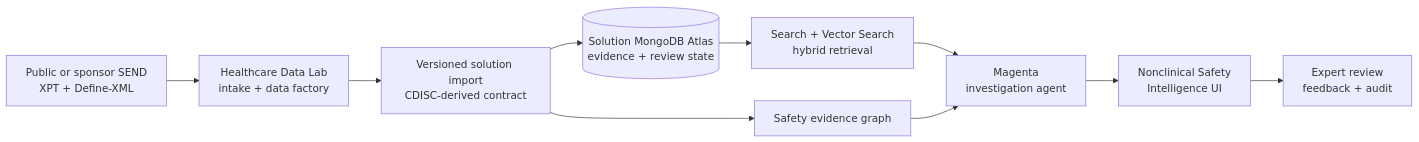
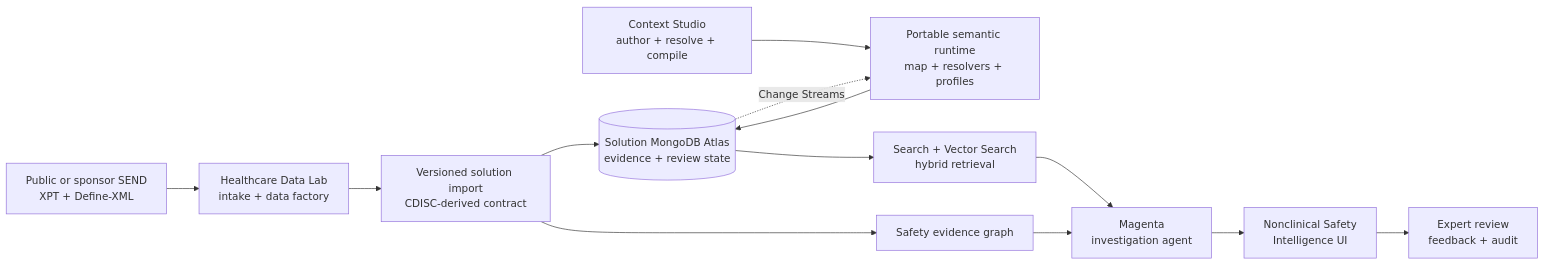
Before and after one commit to mongodb-industry-solutions/AI-Ready-Nonclinical-Safety: the diagram in README.md, drawn with Mermaid. The commit also changed other lines of this file and 16 other files, not shown here.

Commit message:
Add portable live semantic investigation runtime

````diff
--- a/README.md
+++ b/README.md
@@ -47,12 +58,15 @@
 ```mermaid
 flowchart LR
   A[Public or sponsor SEND<br/>XPT + Define-XML] --> B[Healthcare Data Lab<br/>intake + data factory]
   B --> C[Versioned solution import<br/>CDISC-derived contract]
   C --> D[(Solution MongoDB Atlas<br/>evidence + review state)]
+  J[Context Studio<br/>author + resolve + compile] --> K[Portable semantic runtime<br/>map + resolvers + profiles]
+  K --> D
+  D -. Change Streams .-> K
   D --> E[Search + Vector Search<br/>hybrid retrieval]
   C --> F[Safety evidence graph]
   E --> G[Magenta<br/>investigation agent]
   F --> G
   G --> H[Nonclinical Safety<br/>Intelligence UI]
   H --> I[Expert review<br/>feedback + audit]
 ```
````
